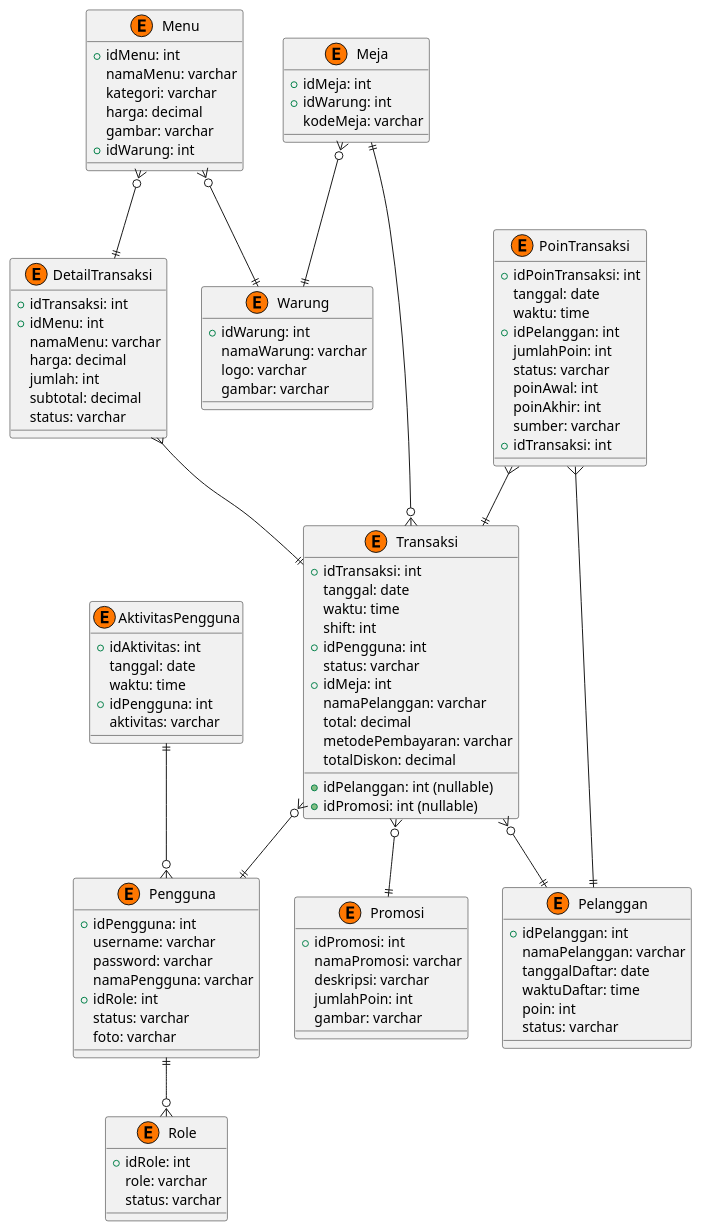
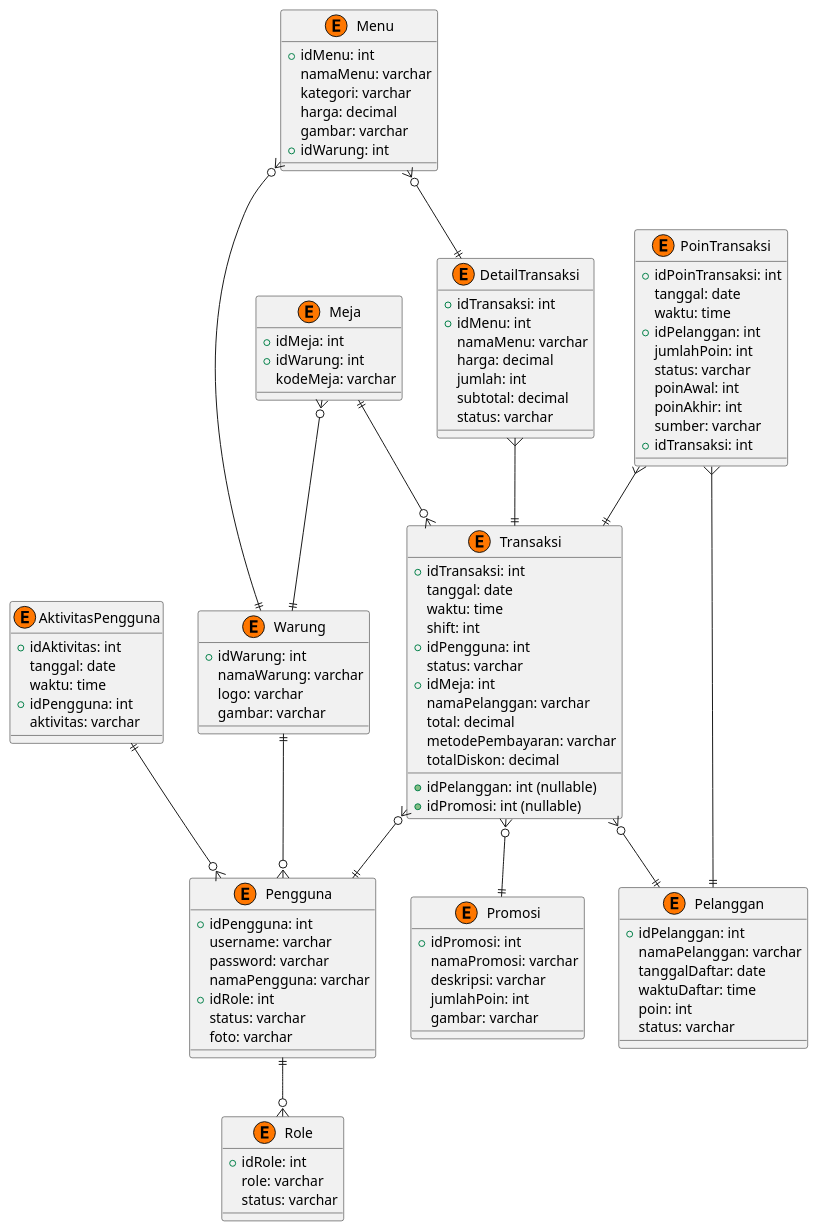
The diagram in diagrams/erd.puml (ZZIDZZ/burjo-backend), drawn with PlantUML before and after one commit. The commit also changed 20 other files, not shown here.

```diff
--- a/diagrams/erd.puml
+++ b/diagrams/erd.puml
@@ -1,120 +1,121 @@
 @startuml
 
 entity Pengguna <<E, #FF7700>> {
   +idPengguna: int
   username: varchar
   password: varchar
   namaPengguna: varchar
   +idRole: int
   status: varchar
   foto: varchar
 }
 
 entity AktivitasPengguna <<E, #FF7700>> {
   +idAktivitas: int
   tanggal: date
   waktu: time
   +idPengguna: int
   aktivitas: varchar
 }
 
 entity Role <<E, #FF7700>> {
   +idRole: int
   role: varchar
   status: varchar
 }
 
 entity Warung <<E, #FF7700>> {
   +idWarung: int
   namaWarung: varchar
   logo: varchar
   gambar: varchar
 }
 
 entity Meja <<E, #FF7700>> {
   +idMeja: int
   +idWarung: int
   kodeMeja: varchar
 }
 
 entity Menu <<E, #FF7700>> {
   +idMenu: int
   namaMenu: varchar
   kategori: varchar
   harga: decimal
   gambar: varchar
   +idWarung: int
 }
 
 entity Transaksi <<E, #FF7700>> {
   +idTransaksi: int
   tanggal: date
   waktu: time
   shift: int
   +idPengguna: int
   +idPelanggan: int (nullable)
   status: varchar
   +idMeja: int
   namaPelanggan: varchar
   total: decimal
   metodePembayaran: varchar
   totalDiskon: decimal
   +idPromosi: int (nullable)
 }
 
 entity DetailTransaksi <<E, #FF7700>> {
   +idTransaksi: int
   +idMenu: int
   namaMenu: varchar
   harga: decimal
   jumlah: int
   subtotal: decimal
   status: varchar
 }
 
 entity Pelanggan <<E, #FF7700>> {
   +idPelanggan: int
   namaPelanggan: varchar
   tanggalDaftar: date
   waktuDaftar: time
   poin: int
   status: varchar
 }
 
 entity PoinTransaksi <<E, #FF7700>> {
   +idPoinTransaksi: int
   tanggal: date
   waktu: time
   +idPelanggan: int
   jumlahPoin: int
   status: varchar
   poinAwal: int
   poinAkhir: int
   sumber: varchar
   +idTransaksi: int
 }
 
 entity Promosi <<E, #FF7700>> {
   +idPromosi: int
   namaPromosi: varchar
   deskripsi: varchar
   jumlahPoin: int
   gambar: varchar
 }
 
 Pengguna ||--o{ Role
+Warung ||--o{ Pengguna
 AktivitasPengguna ||--o{ Pengguna
 Meja }o--|| Warung
 Menu }o--|| Warung
 DetailTransaksi }--|| Transaksi
 Transaksi }o--|| Pengguna
 Transaksi }o--|| Pelanggan 
 PoinTransaksi }--|| Pelanggan
 PoinTransaksi }--|| Transaksi
 Transaksi }o--|| Promosi
 ' meja and transaksi
 Meja ||--o{ Transaksi
 ' menu and detail transaksi
 Menu }o--|| DetailTransaksi
 
 @enduml
```
